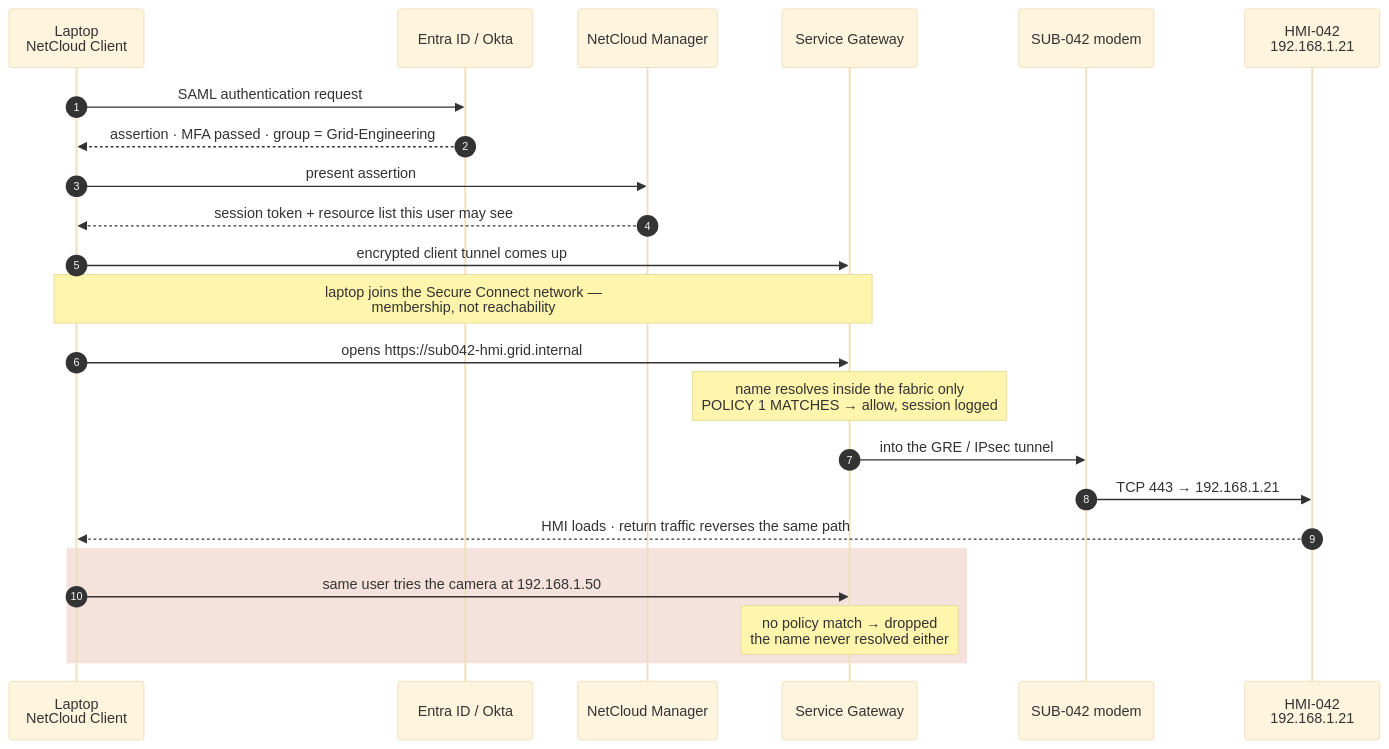
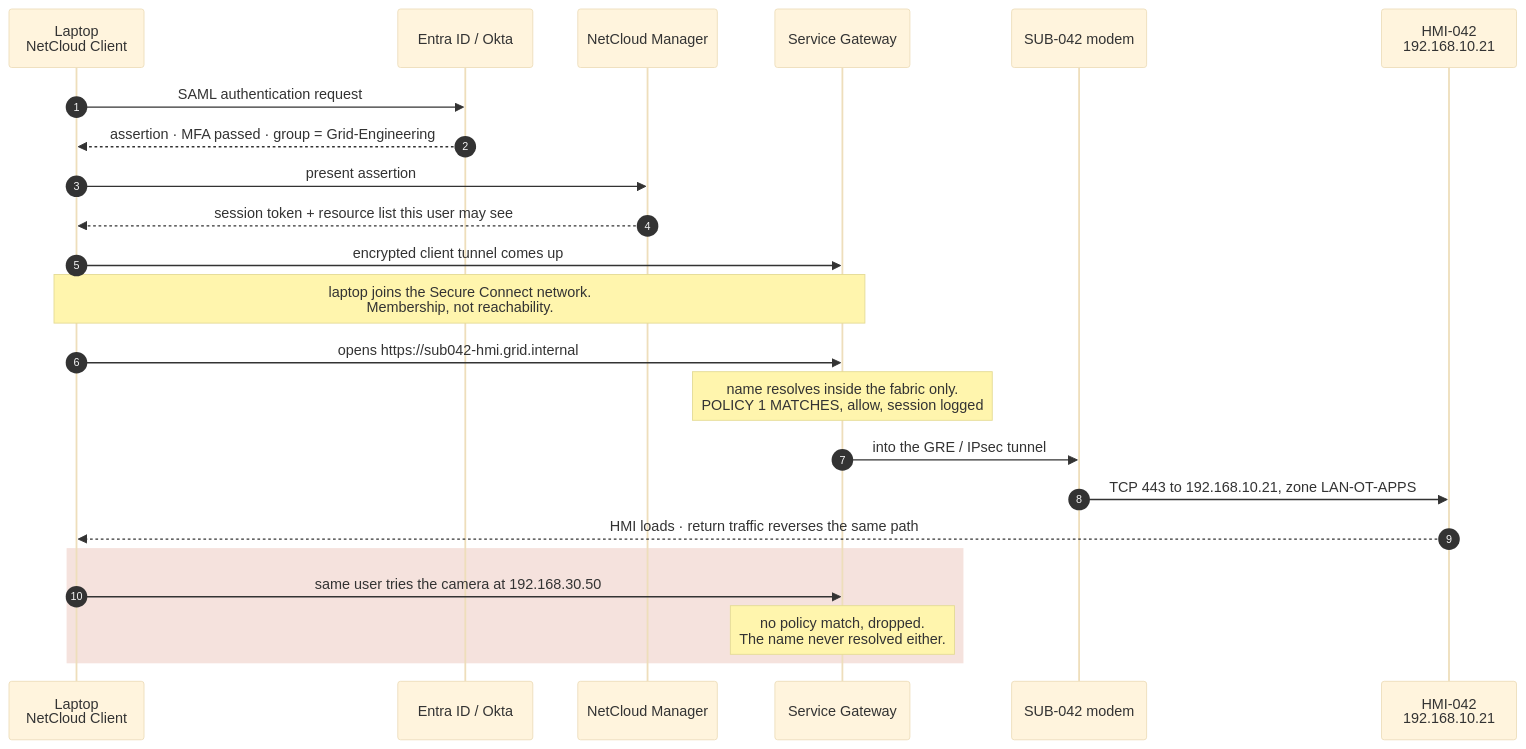
The fourth of 5 diagrams in diagrams.md (Tentacular8/ncx-grid-access), drawn with Mermaid (base theme) before and after one commit. The commit also changed other lines of this file and 1 other file, not shown here.

````diff
--- a/diagrams.md
+++ b/diagrams.md
@@ -154,27 +192,27 @@
 ```mermaid
 sequenceDiagram
     autonumber
     participant L as Laptop<br/>NetCloud Client
     participant I as Entra ID / Okta
     participant N as NetCloud Manager
     participant G as Service Gateway
     participant M as SUB-042 modem
-    participant H as HMI-042<br/>192.168.1.21
+    participant H as HMI-042<br/>192.168.10.21
 
     L->>I: SAML authentication request
     I-->>L: assertion · MFA passed · group = Grid-Engineering
     L->>N: present assertion
     N-->>L: session token + resource list this user may see
     L->>G: encrypted client tunnel comes up
-    Note over L,G: laptop joins the Secure Connect network —<br/>membership, not reachability
+    Note over L,G: laptop joins the Secure Connect network.<br/>Membership, not reachability.
     L->>G: opens https://sub042-hmi.grid.internal
-    Note over G: name resolves inside the fabric only<br/>POLICY 1 MATCHES → allow, session logged
+    Note over G: name resolves inside the fabric only.<br/>POLICY 1 MATCHES, allow, session logged
     G->>M: into the GRE / IPsec tunnel
-    M->>H: TCP 443 → 192.168.1.21
+    M->>H: TCP 443 to 192.168.10.21, zone LAN-OT-APPS
     H-->>L: HMI loads · return traffic reverses the same path
 
     rect rgb(245, 226, 221)
-    L->>G: same user tries the camera at 192.168.1.50
-    Note over G: no policy match → dropped<br/>the name never resolved either
+    L->>G: same user tries the camera at 192.168.30.50
+    Note over G: no policy match, dropped.<br/>The name never resolved either.
     end
 ```
````
